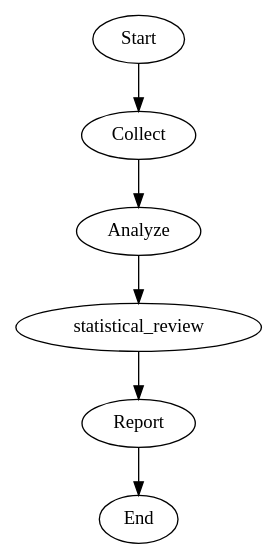
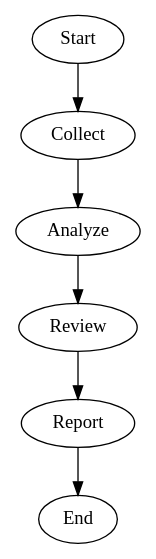
Diagram 19 of 21 in site/docs/workflows/pipelines.md (stencila/stencila), drawn with Graphviz before and after one commit. The commit also changed other lines of this file and 21 other files, not shown here.

````diff
--- a/site/docs/workflows/pipelines.md
+++ b/site/docs/workflows/pipelines.md
@@ -579,19 +624,25 @@
 ```dot
 digraph StyledWorkflow {
     graph [
         goal="Analyze and report on experimental results",
         overrides="
-            * { model: claude-sonnet-4-5; provider: anthropic; }
+            * { model: claude-sonnet-4; provider: anthropic; }
             .analysis { model: claude-opus-4; }
-            #statistical_review { model: o3; provider: openai; reasoning_effort: high; trust_level: high; max_turns: 15; }
+            #Review { model: gpt-5.4; provider: openai; reasoning_effort: high; trust_level: high; max_turns: 15; }
         "
     ]
+    Start -> Collect
 
-    Start -> Collect -> Analyze -> statistical_review -> Report -> End
+    Collect [prompt="Collect experimental data"]
+    Collect -> Analyze
 
-    Collect             [prompt="Collect experimental data"]
-    Analyze             [prompt="Perform data analysis", class="analysis"]
-    statistical_review  [prompt="Review statistical methods and validity", class="analysis"]
-    Report              [prompt="Draft the results section"]
+    Analyze [prompt="Perform data analysis", class="analysis"]
+    Analyze -> Review
+
+    Review [prompt="Review statistical methods and validity", class="analysis"]
+    Review -> Report
+
+    Report [prompt="Draft the results section"]
+    Report -> End
 }
 ```
````
